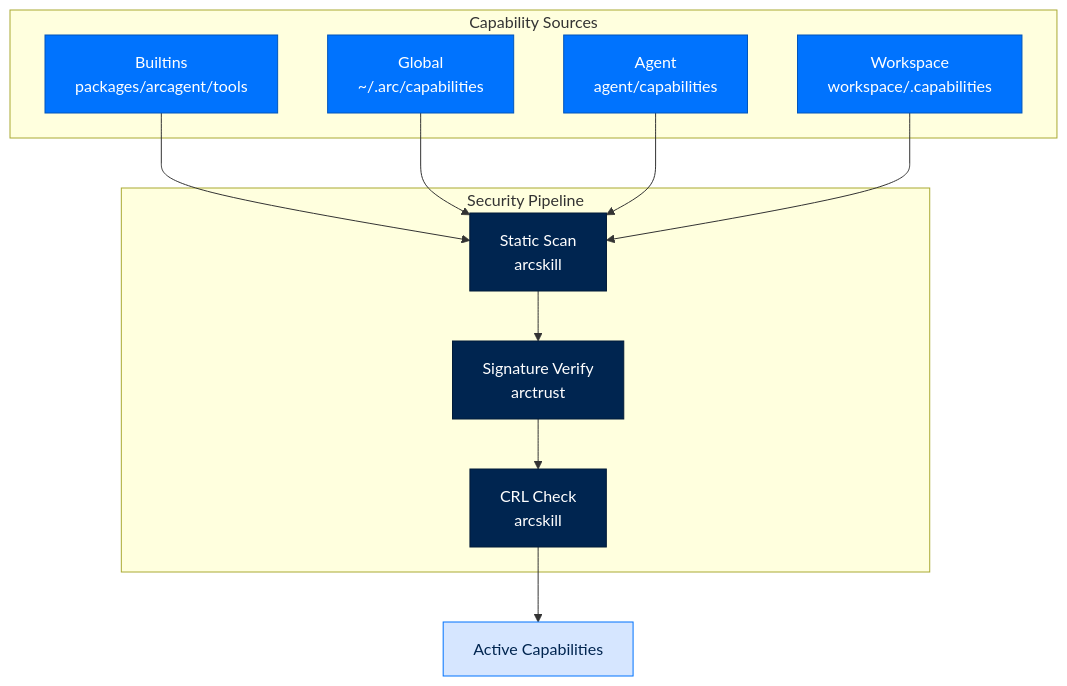
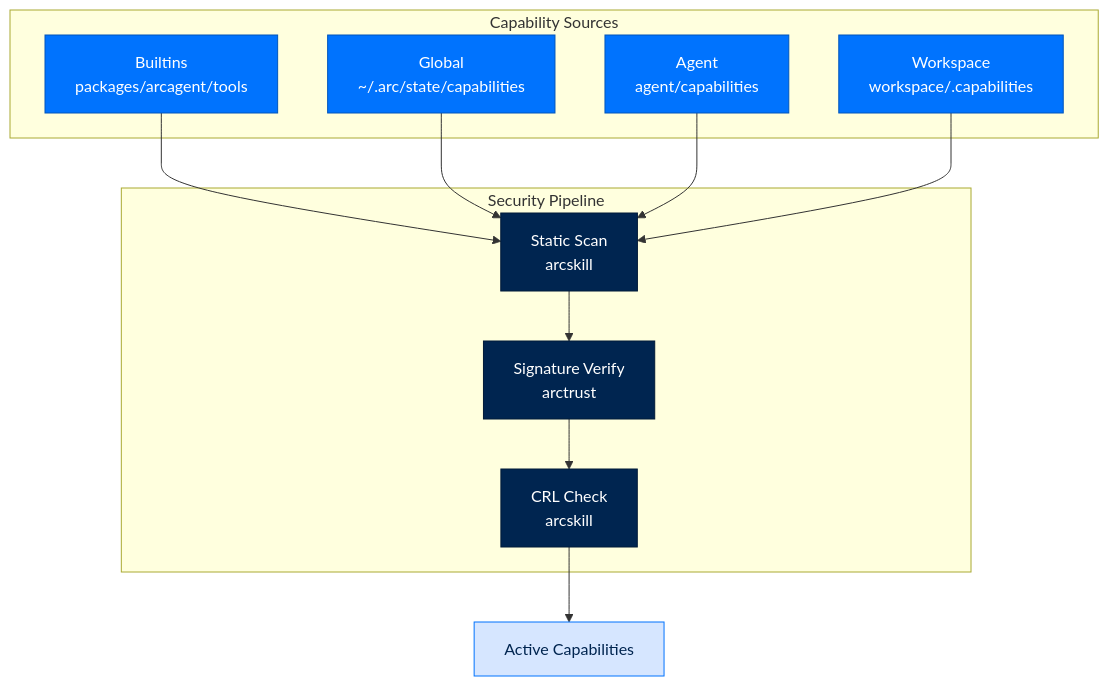
Before and after one commit to joshuamschultz/Arc: the fourth of 21 diagrams in docs/walkthrough/data-flows.md, drawn with Mermaid. The commit also changed other lines of this file and 235 other files, not shown here.

````diff
--- a/docs/walkthrough/data-flows.md
+++ b/docs/walkthrough/data-flows.md
@@ -127,27 +127,27 @@
 ```mermaid
 flowchart TB
     classDef source fill:#0073FE,stroke:#0055BC,color:#FFFFFF
     classDef scan fill:#002550,stroke:#001A38,color:#FFFFFF
     classDef active fill:#D6E6FF,stroke:#0073FE,color:#002550
 
     subgraph "Capability Sources"
         S1[Builtins<br/>packages/arcagent/tools]:::source
-        S2[Global<br/>~/.arc/capabilities]:::source
+        S2[Global<br/>~/.arc/state/capabilities]:::source
         S3[Agent<br/>agent/capabilities]:::source
         S4[Workspace<br/>workspace/.capabilities]:::source
     end
 
     subgraph "Security Pipeline"
         Scan[Static Scan<br/>arcskill]:::scan
         Sign[Signature Verify<br/>arctrust]:::scan
         CRL[CRL Check<br/>arcskill]:::scan
     end
 
     S1 --> Scan
     S2 --> Scan
     S3 --> Scan
     S4 --> Scan
     Scan --> Sign
     Sign --> CRL
     CRL --> Active[Active Capabilities]:::active
 ```
````
